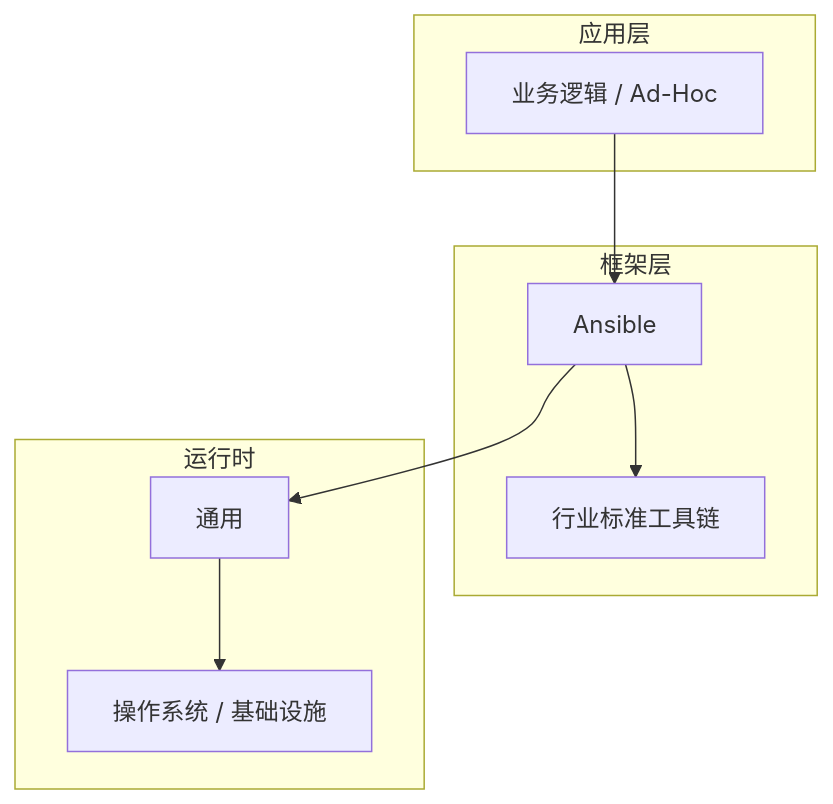
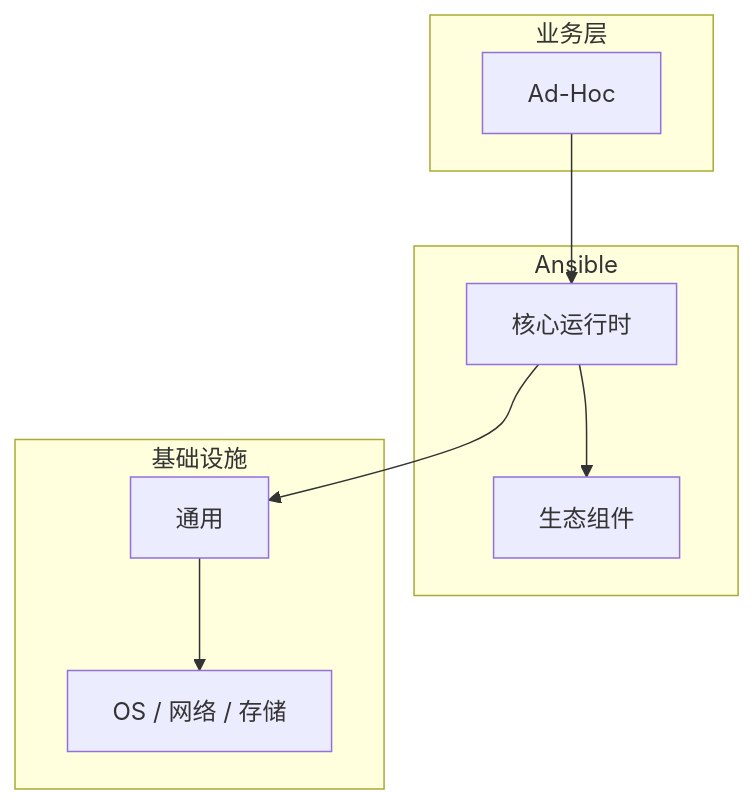
The diagram in articles/Ansible/chapters/011-Ad-Hoc核心概念与原理.md (yanggan2015/knowledge-json-v2), drawn with Mermaid before and after one commit. The commit also changed other lines of this file and 10127 other files, not shown here.

````diff
--- a/articles/Ansible/chapters/011-Ad-Hoc核心概念与原理.md
+++ b/articles/Ansible/chapters/011-Ad-Hoc核心概念与原理.md
@@ -45,18 +34,18 @@
 ```mermaid
 graph TB
-    subgraph 应用层
-        A[业务逻辑 / Ad-Hoc]
+    subgraph 业务层
+        A[Ad-Hoc]
     end
-    subgraph 框架层
-        B[Ansible]
-        C[行业标准工具链]
+    subgraph Ansible
+        B[核心运行时]
+        C[生态组件]
     end
-    subgraph 运行时
+    subgraph 基础设施
         D[通用]
-        E[操作系统 / 基础设施]
+        E[OS / 网络 / 存储]
     end
     A --> B
     B --> C
     B --> D
     D --> E
 ```
````
